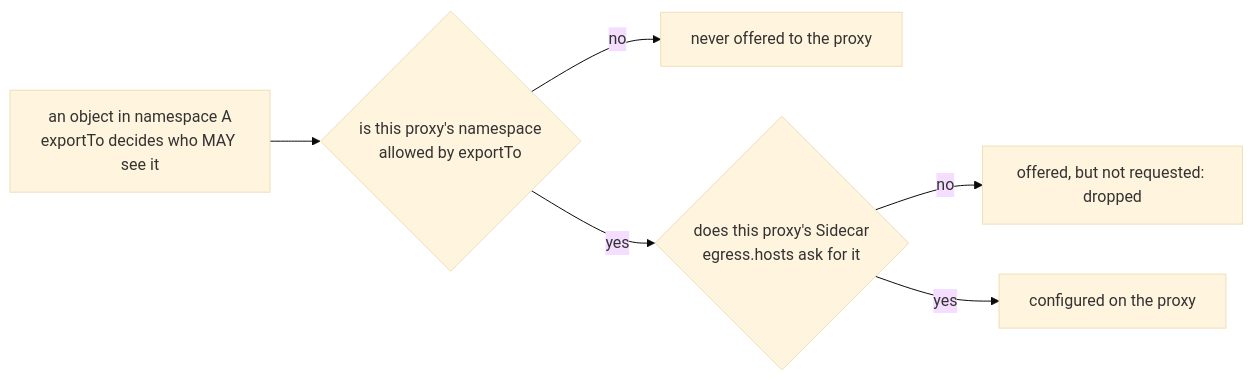
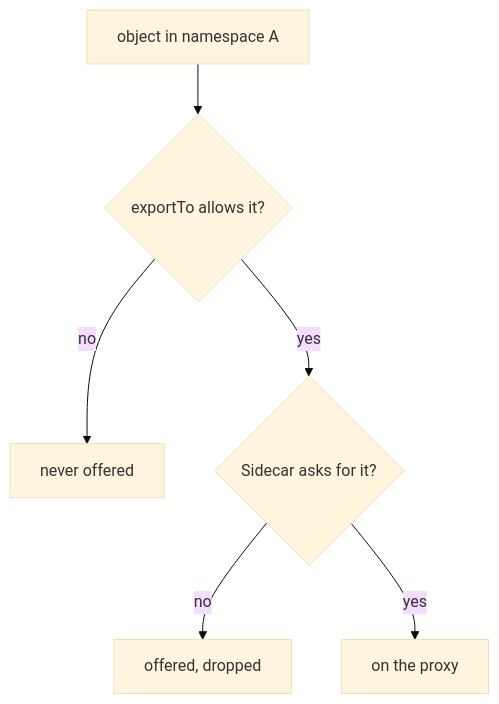
The second of 2 diagrams in sections/section-010/module-02/course-02-the-sidecar-object-and-host-language.md (astrona-io/ATS014), drawn with Mermaid (base theme) before and after one commit. The commit also changed other lines of this file and 444 other files, not shown here.

````diff
--- a/sections/section-010/module-02/course-02-the-sidecar-object-and-host-language.md
+++ b/sections/section-010/module-02/course-02-the-sidecar-object-and-host-language.md
@@ -174,8 +172,8 @@
 ```mermaid
-flowchart LR
-    O["an object in namespace A<br/>exportTo decides who MAY see it"] --> V{"is this proxy's namespace<br/>allowed by exportTo"}
-    V -->|"no"| X["never offered to the proxy"]
-    V -->|"yes"| S{"does this proxy's Sidecar<br/>egress.hosts ask for it"}
-    S -->|"no"| X2["offered, but not requested: dropped"]
-    S -->|"yes"| K["configured on the proxy"]
+flowchart TB
+    O["object in namespace A"] --> V{"exportTo allows it?"}
+    V -->|"no"| X["never offered"]
+    V -->|"yes"| S{"Sidecar asks for it?"}
+    S -->|"no"| X2["offered, dropped"]
+    S -->|"yes"| K["on the proxy"]
 ```
````
